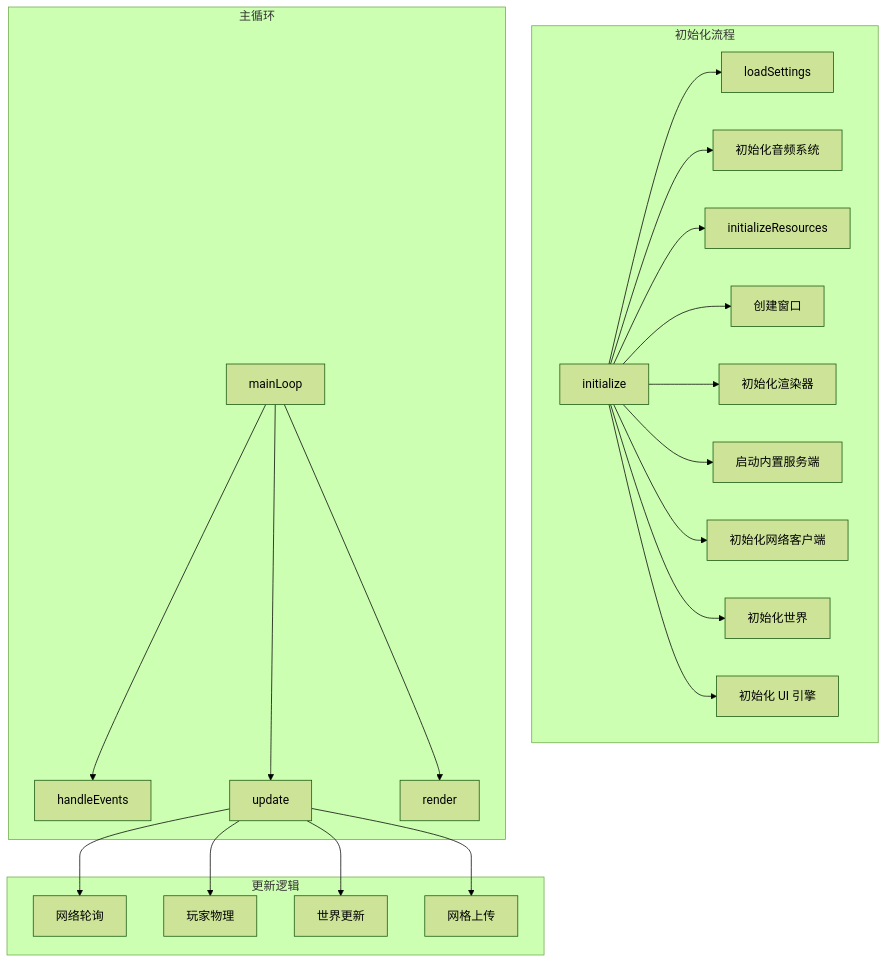
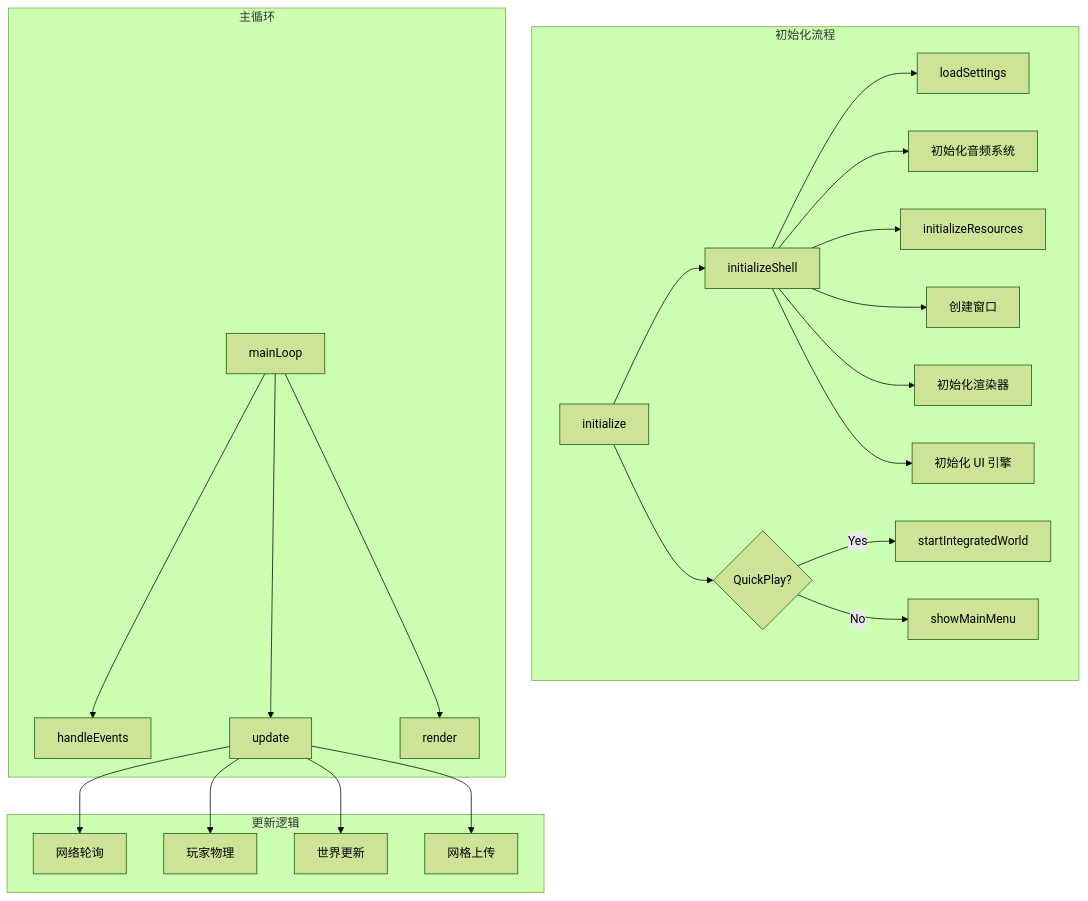
One commit to g122622/Cubium changed the first of 4 diagrams in src/client/application/README.md. Above: the diagram before and after it, drawn with Mermaid (forest theme). The commit also changed other lines of this file and 73 other files, not shown here.

````diff
--- a/src/client/application/README.md
+++ b/src/client/application/README.md
@@ -84,27 +144,28 @@
 ```mermaid
 graph TB
     subgraph 初始化流程
-        IA[initialize] --> IB[loadSettings]
-        IA --> IC[初始化音频系统]
-        IA --> ID[initializeResources]
-        IA --> IE[创建窗口]
-        IA --> IF[初始化渲染器]
-        IA --> IG[启动内置服务端]
-        IA --> IH[初始化网络客户端]
-        IA --> II[初始化世界]
-        IA --> IJ[初始化 UI 引擎]
+        IA[initialize] --> IS[initializeShell]
+        IS --> IB[loadSettings]
+        IS --> IC[初始化音频系统]
+        IS --> ID[initializeResources]
+        IS --> IE[创建窗口]
+        IS --> IF[初始化渲染器]
+        IS --> IG[初始化 UI 引擎]
+        IA --> QP{QuickPlay?}
+        QP -->|Yes| SIW[startIntegratedWorld]
+        QP -->|No| SMM[showMainMenu]
     end
 
     subgraph 主循环
         J[mainLoop] --> K[handleEvents]
         J --> L[update]
         J --> M[render]
     end
 
     subgraph 更新逻辑
         L --> N[网络轮询]
         L --> O[玩家物理]
         L --> P[世界更新]
         L --> Q[网格上传]
     end
 ```
````
